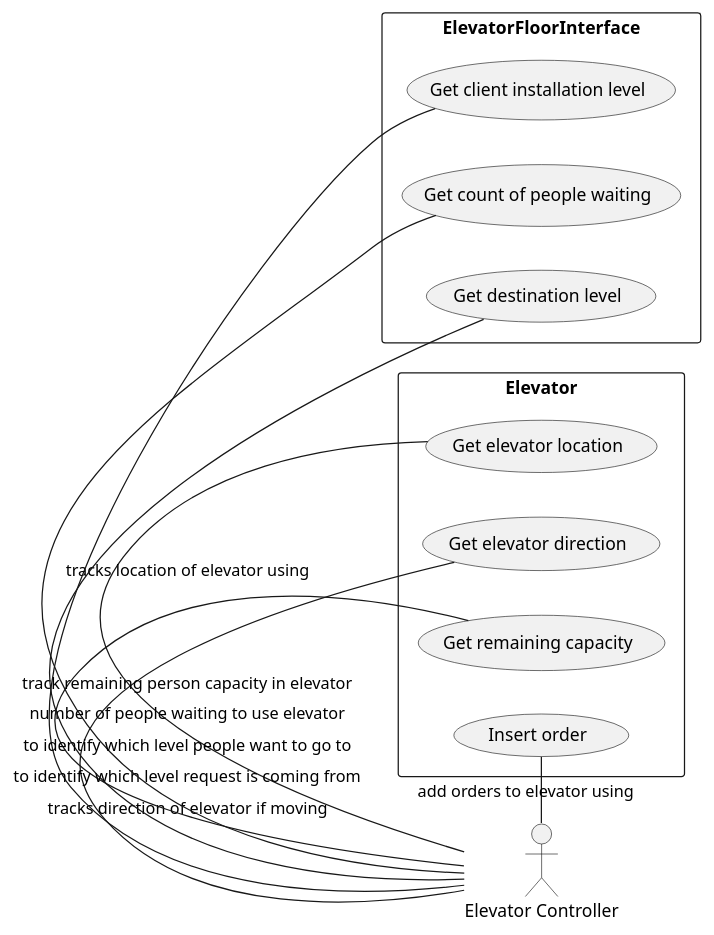
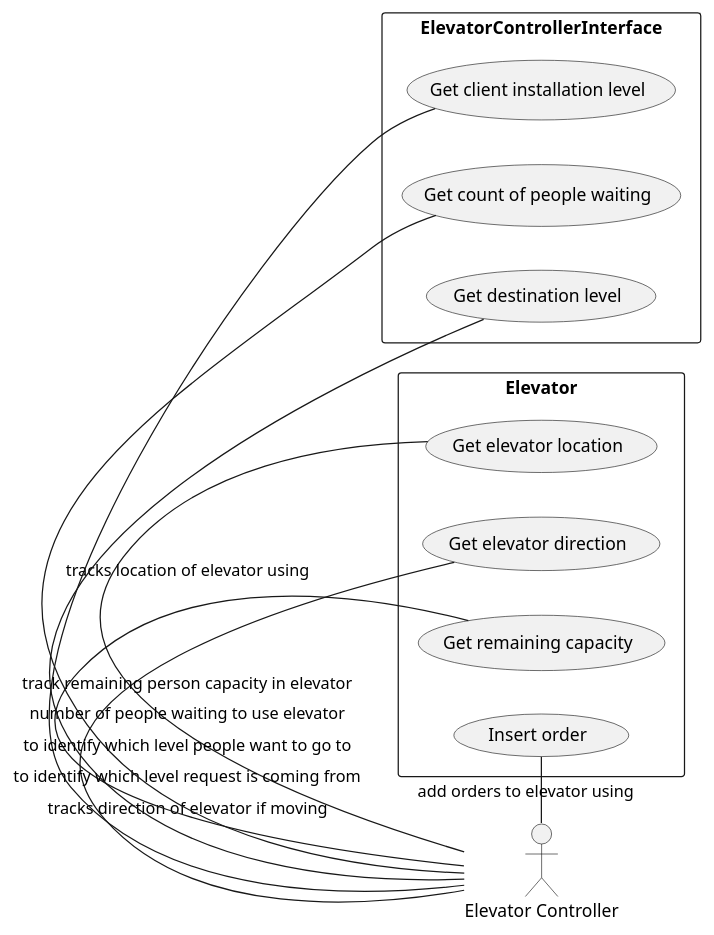
One commit to nabsha/ascender changed the second of 3 diagrams in src/main/docs/UseCaseDiagrams.puml. Above: the diagram before and after it, drawn with PlantUML. The commit also changed 25 other files, not shown here.

```diff
--- a/src/main/docs/UseCaseDiagrams.puml
+++ b/src/main/docs/UseCaseDiagrams.puml
@@ -15,17 +15,17 @@
 @startuml
 left to right direction
 actor "Elevator Controller" as EC
 rectangle Elevator {
   EC - (Get elevator location) : tracks location of elevator using
   EC - (Get elevator direction) : tracks direction of elevator if moving
   EC - (Get remaining capacity) : track remaining person capacity in elevator
   EC  - (Insert order) : add orders to elevator using
 }
 
-rectangle ElevatorFloorInterface {
+rectangle ElevatorControllerInterface {
   EC - (Get client installation level) : to identify which level request is coming from
   EC - (Get count of people waiting) : number of people waiting to use elevator
   EC - (Get destination level) : to identify which level people want to go to
 
 }
 @enduml
```
